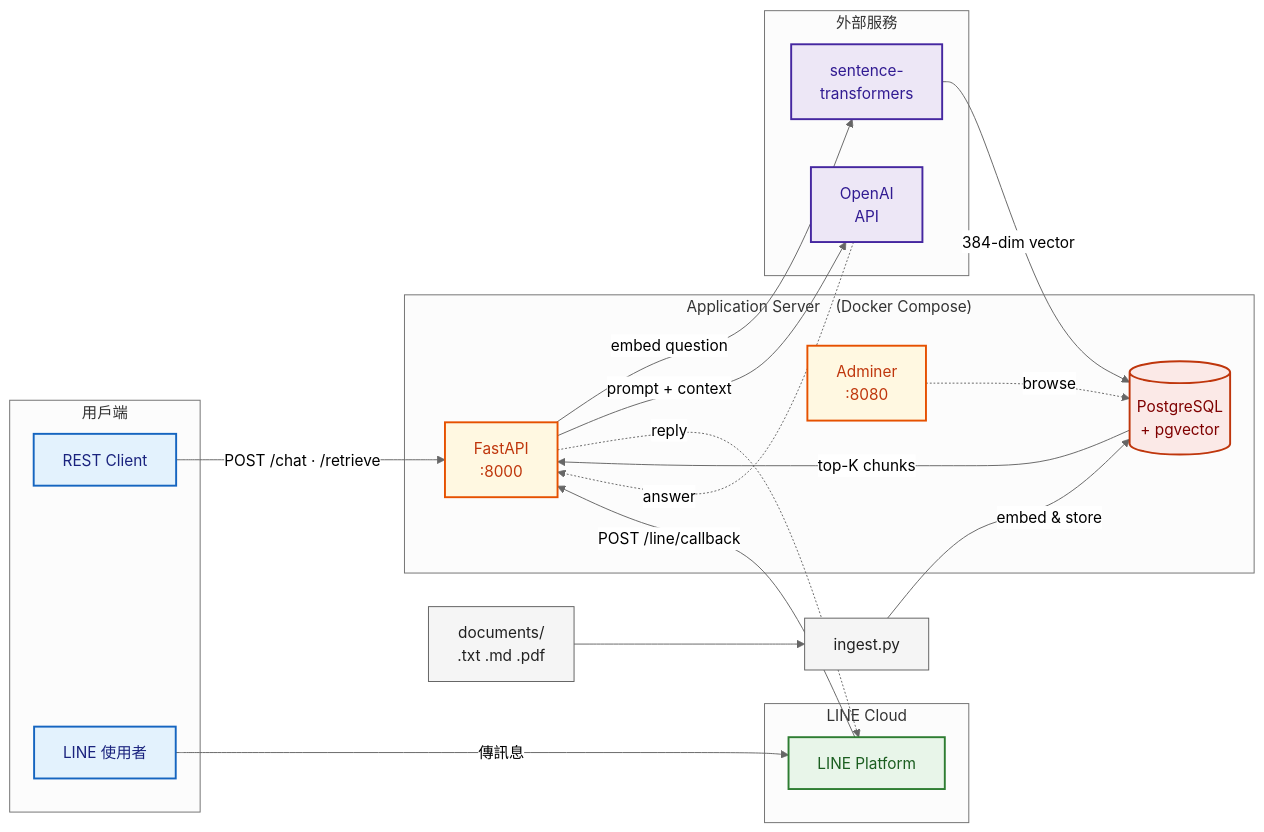
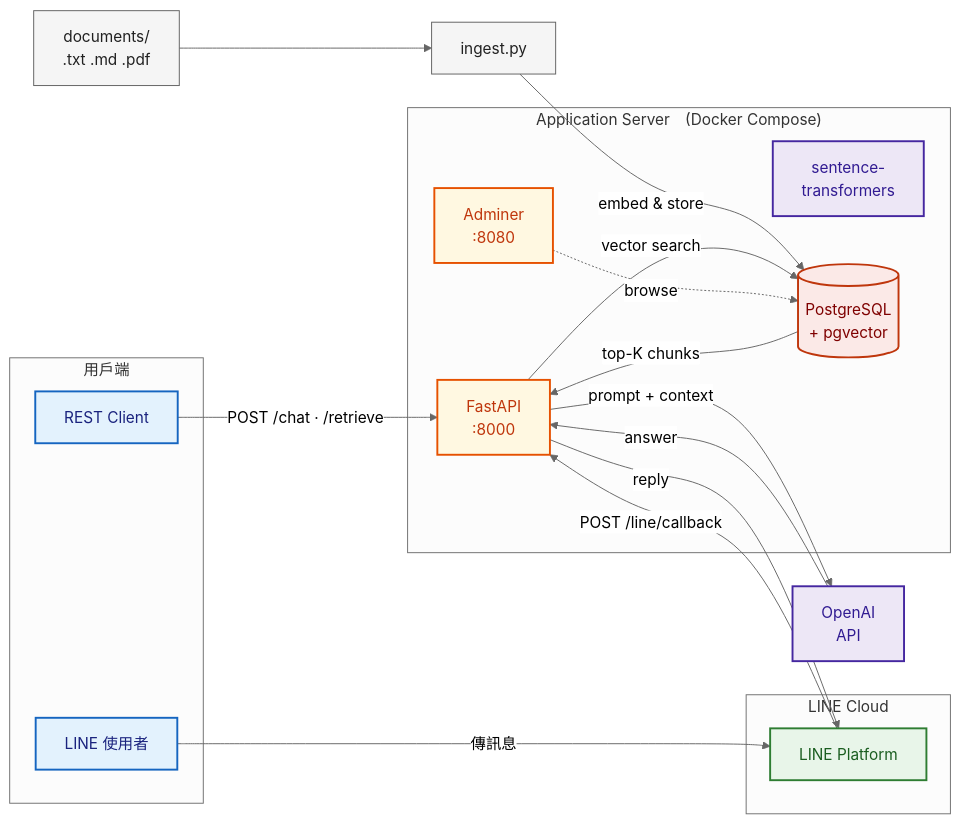
One commit to f422661/openai_chatbot changed the diagram in README.md. Above: the diagram before and after it, drawn with Mermaid (neutral theme).

Commit message:
Fix architecture diagram: move sentence-transformers inside Docker Compose
sentence-transformers is a local library inside FastAPI container,
not an external service.

````diff
--- a/README.md
+++ b/README.md
@@ -7,45 +7,42 @@
 ```mermaid
 graph LR
     classDef userNode fill:#E3F2FD,stroke:#1565C0,stroke-width:2px,color:#1A237E
     classDef lineNode fill:#E8F5E9,stroke:#2E7D32,stroke-width:2px,color:#1B5E20
     classDef appNode  fill:#FFF8E1,stroke:#E65100,stroke-width:2px,color:#BF360C
     classDef dbNode   fill:#FBE9E7,stroke:#BF360C,stroke-width:2px,color:#7F0000
     classDef mlNode   fill:#EDE7F6,stroke:#4527A0,stroke-width:2px,color:#311B92
     classDef fileNode fill:#F5F5F5,stroke:#616161,stroke-width:1px,color:#212121
 
     subgraph ClientZone["用戶端"]
         U["REST Client"]:::userNode
         LU["LINE 使用者"]:::userNode
     end
 
     subgraph LineZone["LINE Cloud"]
         LP["LINE Platform"]:::lineNode
     end
 
     subgraph ServerZone["Application Server　(Docker Compose)"]
         API["FastAPI\n:8000"]:::appNode
+        ST["sentence-\ntransformers"]:::mlNode
         PG[("PostgreSQL\n+ pgvector")]:::dbNode
         ADM["Adminer\n:8080"]:::appNode
     end
 
-    subgraph MLZone["外部服務"]
-        ST["sentence-\ntransformers"]:::mlNode
-        OAI["OpenAI\nAPI"]:::mlNode
-    end
+    OAI["OpenAI\nAPI"]:::mlNode
 
     DOCS["documents/\n.txt .md .pdf"]:::fileNode --> ING["ingest.py"]:::fileNode
     ING -->|embed & store| PG
 
     U -->|"POST /chat · /retrieve"| API
     LU -->|"傳訊息"| LP
     LP -->|"POST /line/callback"| API
 
-    API -->|"embed question"| ST
-    ST -->|"384-dim vector"| PG
+    API -->|"vector search"| PG
     PG -->|"top-K chunks"| API
     API -->|"prompt + context"| OAI
-    OAI -.->|"answer"| API
-    API -.->|"reply"| LP
+    OAI -->|"answer"| API
+    API -->|"reply"| LP
 
     ADM -. "browse" .-> PG
 ```
````
